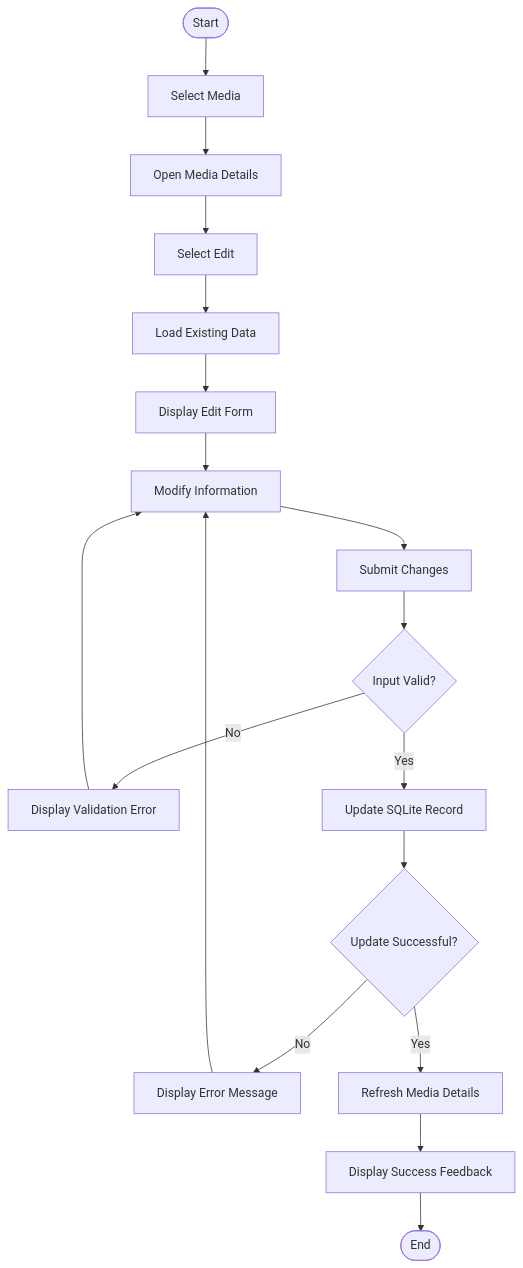
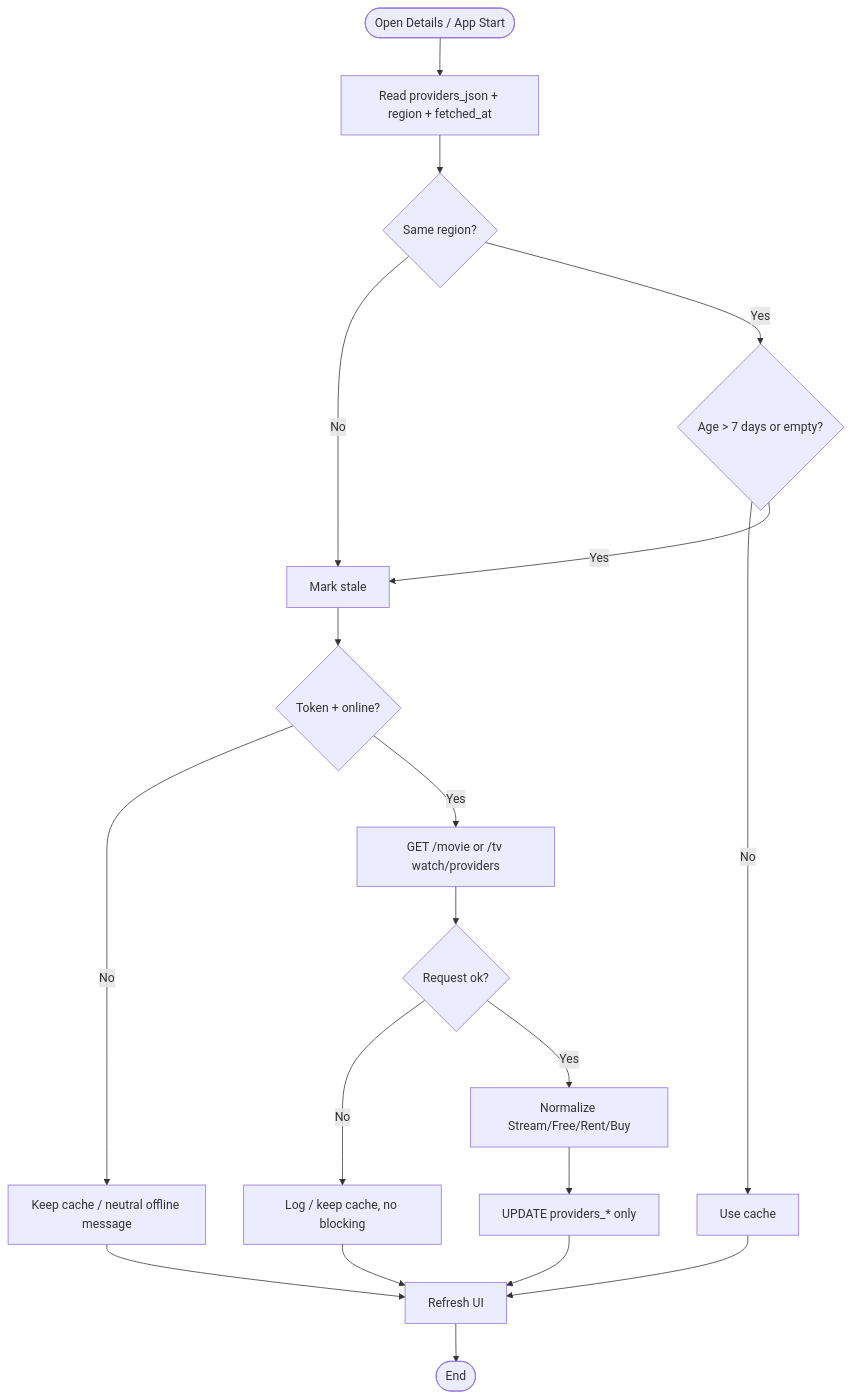
One commit to Aldo-Kristian/CineTrack changed the third of 6 diagrams in docs/07-activity-diagrams.md. Above: the diagram before and after it, drawn with Mermaid. The commit also changed other lines of this file and 17 other files, not shown here.

````diff
--- a/docs/07-activity-diagrams.md
+++ b/docs/07-activity-diagrams.md
@@ -38,20 +92,21 @@
 ```mermaid
 flowchart TD
-    A([Start]) --> B[Select Media]
-    B --> C[Open Media Details]
-    C --> D[Select Edit]
-    D --> E[Load Existing Data]
-    E --> F[Display Edit Form]
-    F --> G[Modify Information]
-    G --> H[Submit Changes]
-    H --> I{Input Valid?}
-    I -->|No| J[Display Validation Error]
-    J --> G
-    I -->|Yes| K[Update SQLite Record]
-    K --> L{Update Successful?}
-    L -->|No| M[Display Error Message]
-    M --> G
-    L -->|Yes| N[Refresh Media Details]
-    N --> O[Display Success Feedback]
-    O --> P([End])
+    A([Open Details / App Start]) --> B[Read providers_json + region + fetched_at]
+    B --> C{Same region?}
+    C -->|No| D[Mark stale]
+    C -->|Yes| E{Age > 7 days or empty?}
+    E -->|No| F[Use cache]
+    E -->|Yes| D
+    D --> G{Token + online?}
+    G -->|No| H[Keep cache / neutral offline message]
+    G -->|Yes| I[GET /movie or /tv watch/providers]
+    I --> J{Request ok?}
+    J -->|No| K[Log / keep cache, no blocking]
+    J -->|Yes| L[Normalize Stream/Free/Rent/Buy]
+    L --> M[UPDATE providers_* only]
+    M --> N[Refresh UI]
+    F --> N
+    H --> N
+    K --> N
+    N --> O([End])
 ```
````
